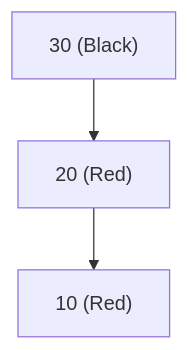
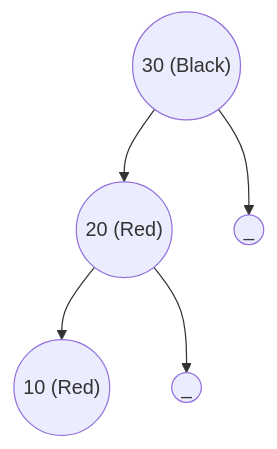
One commit to imdeepmind/imdeepmind.github.io changed diagram 14 of 31 in docs/data-structure-and-algorithms/data-structures/tree/search-tree/self-balancing-bst/red-black.md. Above: the diagram before and after it, drawn with Mermaid. The commit also changed other lines of this file, not shown here.

Commit message:
docs(tree): IMDEEPMIND-32: added docs for red black tree

````diff
--- a/docs/data-structure-and-algorithms/data-structures/tree/search-tree/self-balancing-bst/red-black.md
+++ b/docs/data-structure-and-algorithms/data-structures/tree/search-tree/self-balancing-bst/red-black.md
@@ -348,6 +350,8 @@
 ```mermaid
 graph TD
-    G["30 (Black)"]
-    G --> P["20 (Red)"]
-    P --> N["10 (Red)"]
+    G(("30 (Black)"))
+    G --> P(("20 (Red)"))
+    G --> M(("_"))
+    P --> N(("10 (Red)"))
+    P --> Q(("_"))
 ```
````
